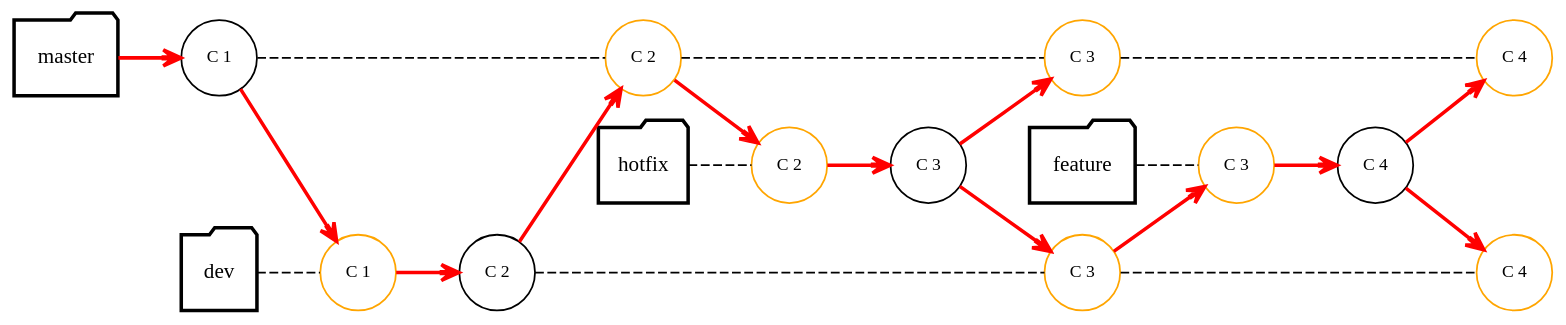
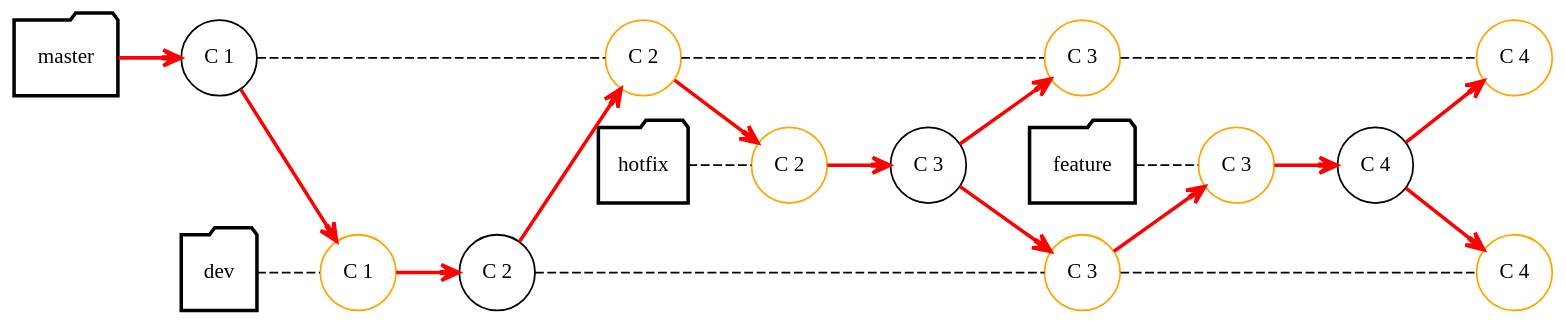
Before and after one commit to Gepardec/git-training: the diagram in slides/intro/src/docs/asciidoc/graphviz/git-branch-model.dot, drawn with Graphviz. The commit also changed 10 other files, not shown here.

```diff
--- a/slides/intro/src/docs/asciidoc/graphviz/git-branch-model.dot
+++ b/slides/intro/src/docs/asciidoc/graphviz/git-branch-model.dot
@@ -1,77 +1,77 @@
 digraph git_branch_model {
   splines=line
   rankdir="LR"
   bgcolor="transparent"
 
   /* Global Node/Edge config */
   edge[weight=2,arrowhead=open]
 
   /* Nodes representing the branches */
   node[width=0.6,height=0.6, fontsize=12.0,style="bold", shape=folder]
   master [group="master"]
   dev [group="dev"]
   hotfix [group="hotfix"]
   feature [group="feature"]
 
   /* Nodes representing commit */
-  node[width=0.6,height=0.6, fontsize=10.0,style="",shape=circle]
+  node[width=0.6,height=0.6, fontsize=12.0,style="",shape=circle]
   C_1[label="C 1", group="master"]
   C_2[label="C 2", group="dev"]
   C_3[label="C 3", group="hotfix"]
   C_4[label="C 4", group="feature"]
 
   /* Nodes representing pointer */
   node[color="orange"]
   C_2_M [label="C 2", group="master"]
   C_3_M [label="C 3", group="master"]
   C_1_D [label="C 1", group="dev"]
   C_3_D [label="C 3", group="dev"]
   C_2_H [label="C 2", group="hotfix"]
   C_3_F [label="C 3", group="feature"]
   C_4_D [label="C 4", group="dev"]
   C_4_M [label="C 4", group="master"]
 
   /* Connect hidden branch name nodes
   master -> dev -> hotfix -> feature  [style="invis"] */
 
   edge[arrowhead=none, style="dashed"]
   /* Define master branch commits */
   master -> C_1 [arrowhead=open, color="red", style="bold"]
   C_1 -> C_2_M [arrowhead=none, style="dashed"]
   C_2_M -> C_3_M
   C_3_M -> C_4_M
 
   /* Define dev branch commits */
   dev -> C_1_D
   C_1_D -> C_2 [arrowhead=open, color="red", style="bold"]
   C_2 -> C_3_D
   C_3_D -> C_4_D
 
   /* Define hotfix branch commits */
   hotfix -> C_2_H
   C_2_H -> C_3 [arrowhead=open, color="red", style="bold"]
 
   /* Define feature branch commits */
   feature -> C_3_F
   C_3_F -> C_4 [arrowhead=open, color="red", style="bold"]
 
   edge[color="red", arrowhead=open,  style="bold"]
   /* 1. inter branch commit */
   C_1 -> C_1_D
 
   /* 2. inter branch commit */
   C_2 -> C_2_M
 
   /* 3.  inter branch commit */
   C_2_M -> C_2_H
 
   /* 4.  inter branch commit */
   C_3 -> { C_3_D C_3_M }
 
   /* 5. inter branch commit */
   C_3_D -> C_3_F
 
   /* 5. inter branch commit */
   C_4 -> {C_4_D C_4_M}
 
 }
```
